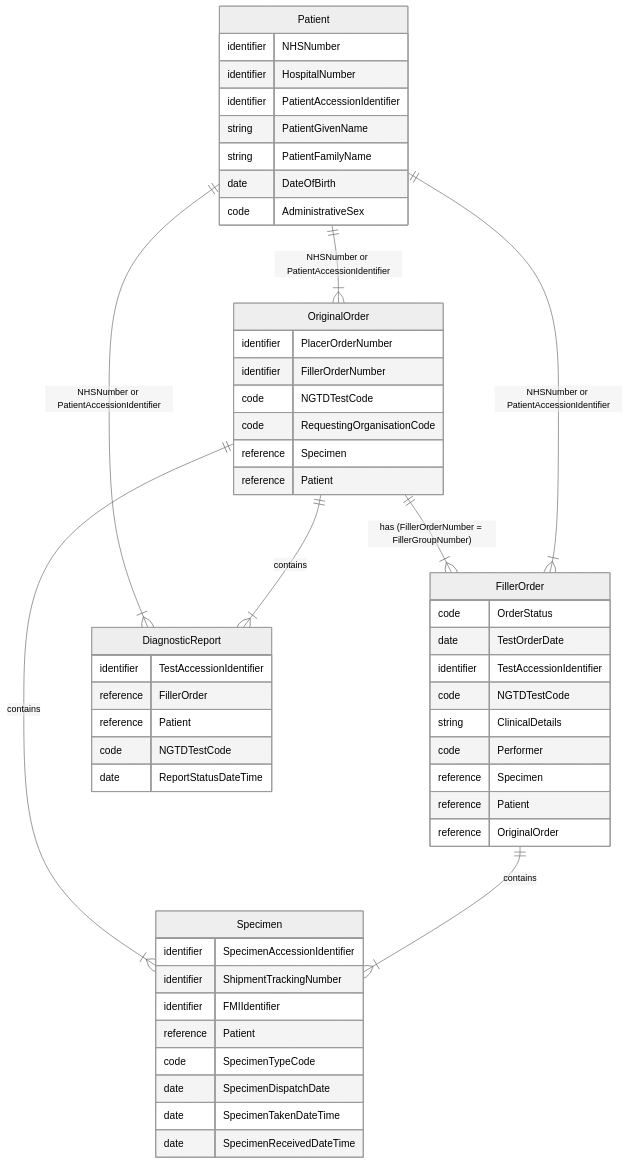
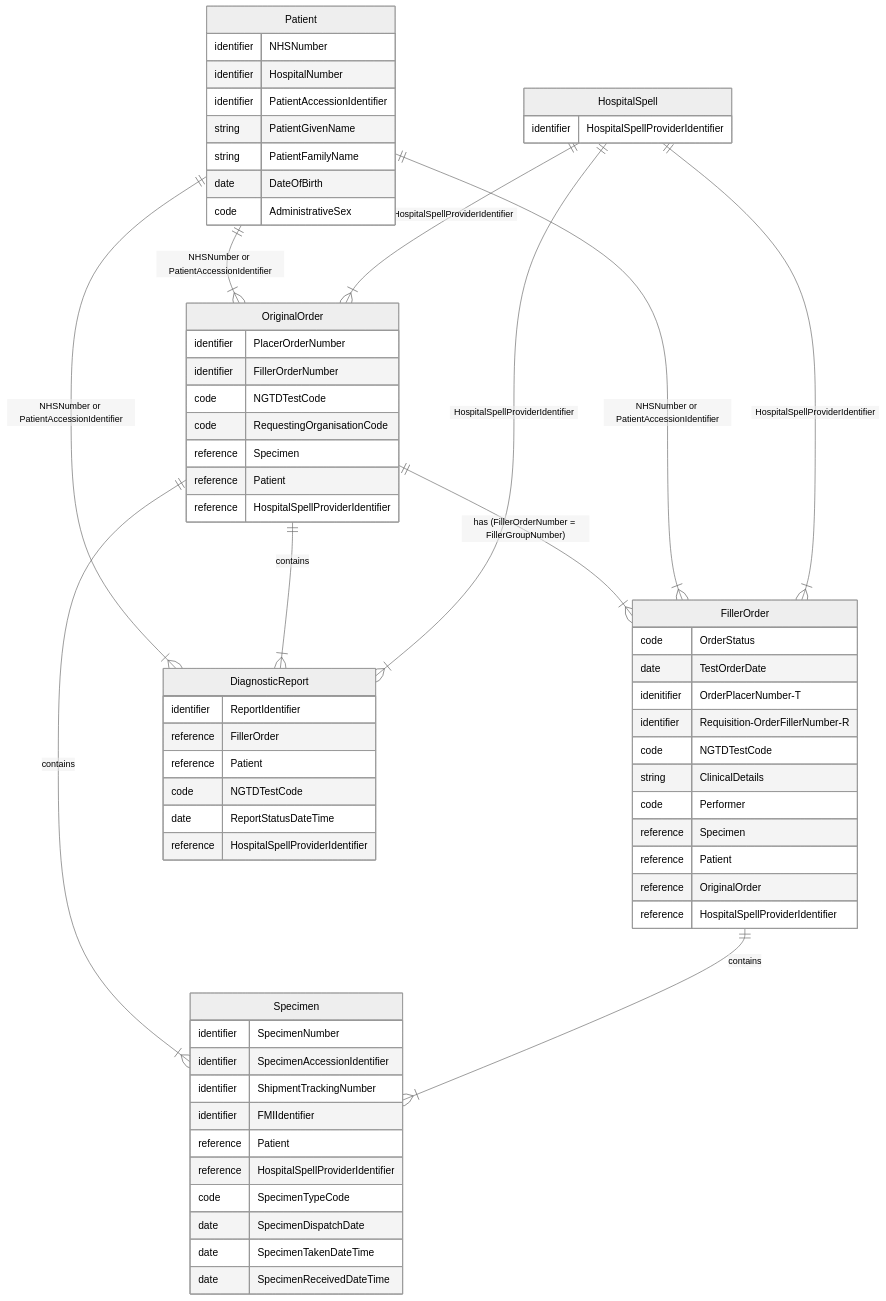
The diagram in input/pagecontent/filler-order.md (nw-gmsa/nw-gmsa.github.com), drawn with Mermaid (neutral theme) before and after one commit. The commit also changed other lines of this file and 1 other file, not shown here.

````diff
--- a/input/pagecontent/filler-order.md
+++ b/input/pagecontent/filler-order.md
@@ -3,61 +3,73 @@
 ```mermaid
 erDiagram
 
   OriginalOrder ||--|{ FillerOrder : "has (FillerOrderNumber = FillerGroupNumber)"
   OriginalOrder ||--|{ Specimen : contains
   FillerOrder ||--|{ Specimen : contains
   Patient ||--|{ OriginalOrder : "NHSNumber or PatientAccessionIdentifier"
   Patient ||--|{ FillerOrder : "NHSNumber or PatientAccessionIdentifier" 
   Patient ||--|{ DiagnosticReport : "NHSNumber or PatientAccessionIdentifier" 
   OriginalOrder ||--|{ DiagnosticReport : contains
+  HospitalSpell ||--|{ OriginalOrder : "HospitalSpellProviderIdentifier"
+  HospitalSpell ||--|{ FillerOrder : "HospitalSpellProviderIdentifier" 
+  HospitalSpell ||--|{ DiagnosticReport : "HospitalSpellProviderIdentifier" 
 
   OriginalOrder {
     identifier PlacerOrderNumber
     identifier FillerOrderNumber
     code NGTDTestCode
     code RequestingOrganisationCode
     reference Specimen
     reference Patient
+    reference HospitalSpellProviderIdentifier
   }
 
   FillerOrder {
     code OrderStatus
     date TestOrderDate
-    identifier TestAccessionIdentifier
+    idenitifier OrderPlacerNumber-T
+    identifier Requisition-OrderFillerNumber-R
     code NGTDTestCode
     string ClinicalDetails
     code Performer
     reference Specimen
     reference Patient
     reference OriginalOrder
+    reference HospitalSpellProviderIdentifier
   }
 
   Patient {
     identifier NHSNumber
     identifier HospitalNumber
     identifier PatientAccessionIdentifier
     string PatientGivenName
     string PatientFamilyName
     date DateOfBirth
     code AdministrativeSex
   }
 
   Specimen {
+    identifier SpecimenNumber
     identifier SpecimenAccessionIdentifier
     identifier ShipmentTrackingNumber
     identifier FMIIdentifier
     reference Patient
+    reference HospitalSpellProviderIdentifier
     code SpecimenTypeCode
     date SpecimenDispatchDate
     date SpecimenTakenDateTime
     date SpecimenReceivedDateTime
   }
 
   DiagnosticReport {
-    identifier TestAccessionIdentifier
+    identifier ReportIdentifier
     reference FillerOrder
     reference Patient
     code NGTDTestCode
     date ReportStatusDateTime
+    reference HospitalSpellProviderIdentifier
+  }
+  HospitalSpell {
+    identifier HospitalSpellProviderIdentifier
   }
 ```
````
